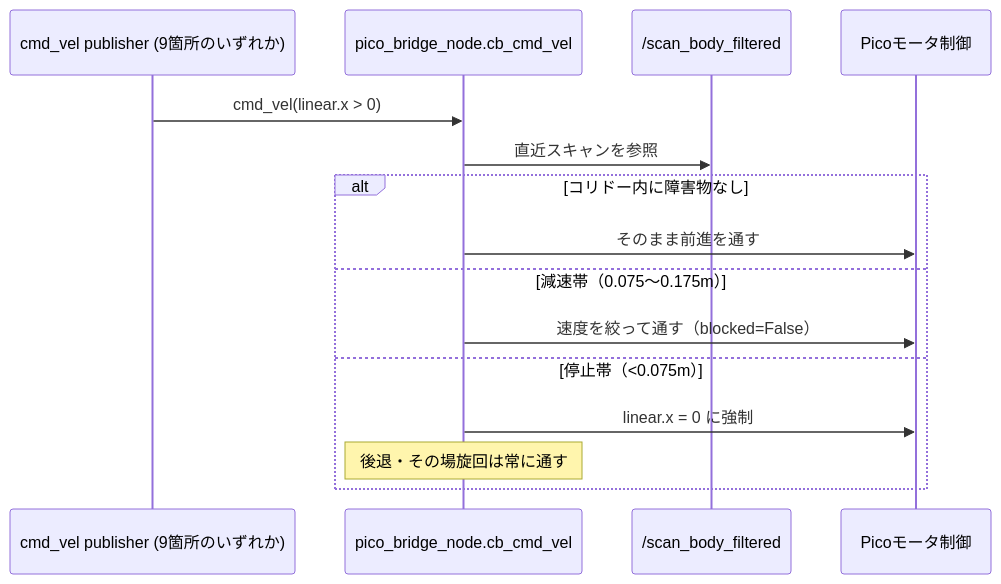
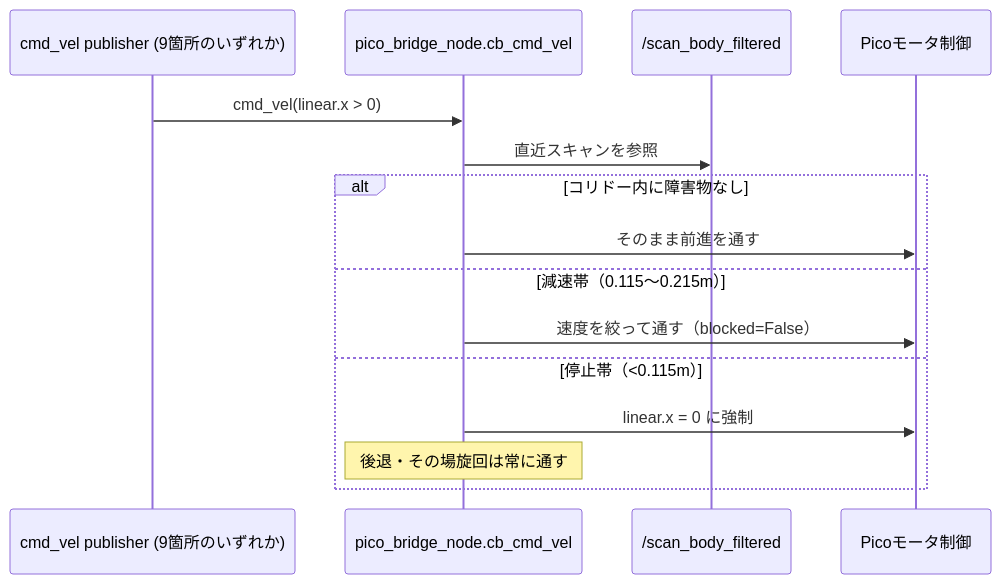
Before and after one commit to toyof/edge-ai-robotics-showcase: the diagram in docs/safety_architecture.md, drawn with Mermaid. The commit also changed other lines of this file and 10 other files, not shown here.

````diff
--- a/docs/safety_architecture.md
+++ b/docs/safety_architecture.md
@@ -121,18 +125,18 @@
 ```mermaid
 sequenceDiagram
     participant Pub as cmd_vel publisher (9箇所のいずれか)
     participant Bridge as pico_bridge_node.cb_cmd_vel
     participant Scan as /scan_body_filtered
     participant Motor as Picoモータ制御
 
     Pub->>Bridge: cmd_vel(linear.x > 0)
     Bridge->>Scan: 直近スキャンを参照
     alt コリドー内に障害物なし
         Bridge->>Motor: そのまま前進を通す
-    else 減速帯（0.075〜0.175m）
+    else 減速帯（0.115〜0.215m）
         Bridge->>Motor: 速度を絞って通す（blocked=False）
-    else 停止帯（<0.075m）
+    else 停止帯（<0.115m）
         Bridge->>Motor: linear.x = 0 に強制
         Note over Bridge: 後退・その場旋回は常に通す
     end
 ```
````
